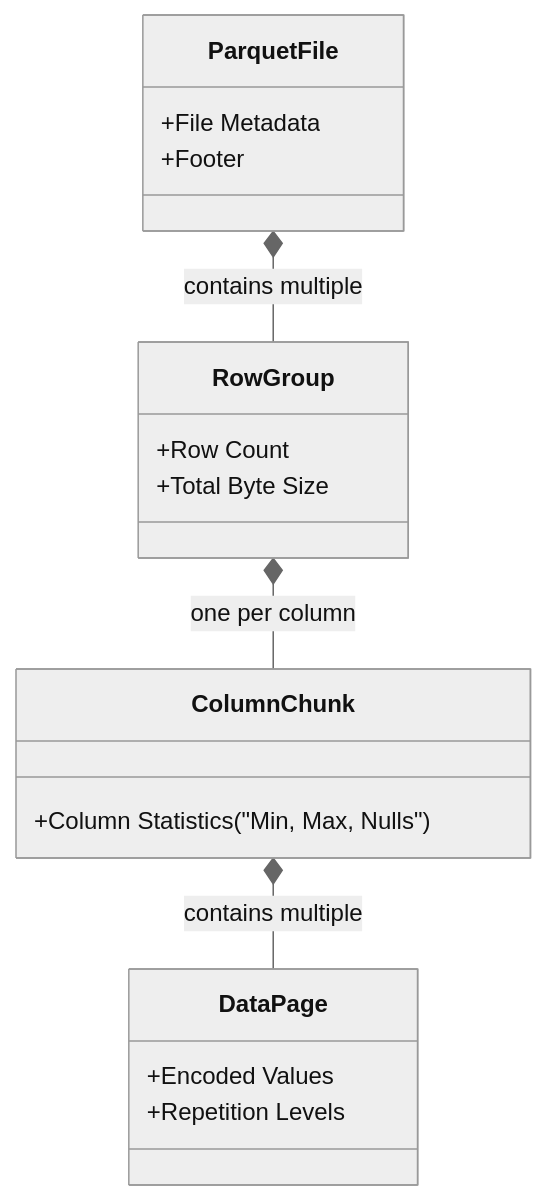
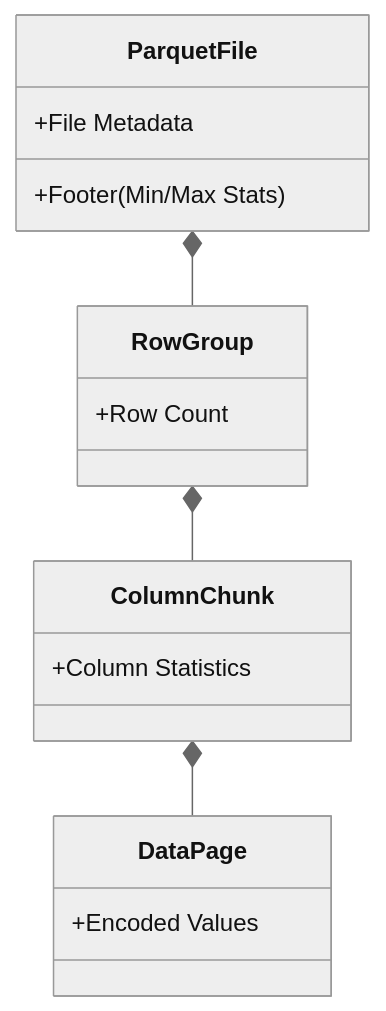
One commit to kythuatdulieu/kythuatdulieu.github.io changed the second of 2 diagrams in src/content/docs/concepts/3-storage-engines-formats/file-formats-deep-dive.md. Above: the diagram before and after it, drawn with Mermaid (neutral theme). The commit also changed other lines of this file and 228 other files, not shown here.

Commit message:
Fix syntax and rewrite 200+ concepts docs to deep-dive system architecture and add GA4 tracking to quiz app

````diff
--- a/src/content/docs/concepts/3-storage-engines-formats/file-formats-deep-dive.md
+++ b/src/content/docs/concepts/3-storage-engines-formats/file-formats-deep-dive.md
@@ -76,22 +75,20 @@
 ```mermaid
 classDiagram
     class ParquetFile {
         +File Metadata
-        +Footer
+        +Footer (Min/Max Stats)
     }
     class RowGroup {
         +Row Count
-        +Total Byte Size
     }
     class ColumnChunk {
-        +Column Statistics("Min, Max, Nulls")
+        +Column Statistics
     }
     class DataPage {
         +Encoded Values
-        +Repetition Levels
     }
     
-    ParquetFile *-- RowGroup : contains multiple
-    RowGroup *-- ColumnChunk : one per column
-    ColumnChunk *-- DataPage : contains multiple
+    ParquetFile *-- RowGroup
+    RowGroup *-- ColumnChunk
+    ColumnChunk *-- DataPage
 ```
````
